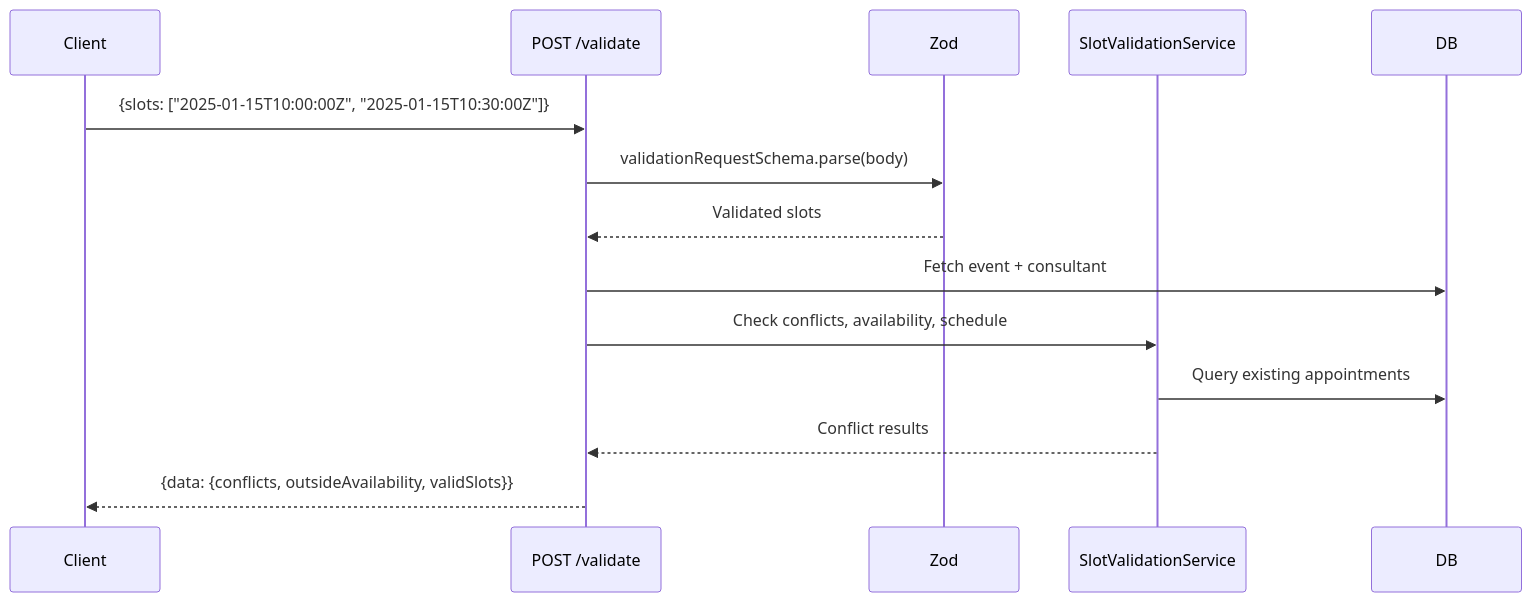
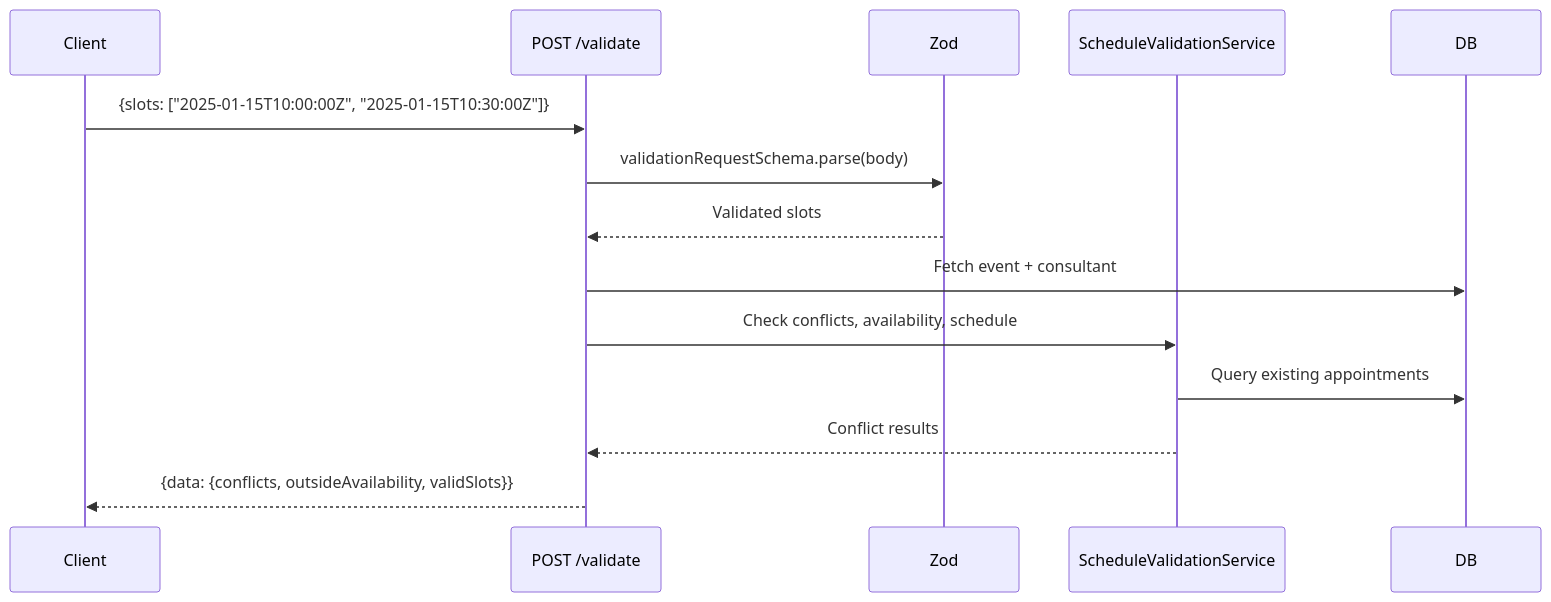
One commit to Practitionist/familiarise_web changed the first of 2 diagrams in docs/booking/04-api-reference.md. Above: the diagram before and after it, drawn with Mermaid. The commit also changed other lines of this file and 107 other files, not shown here.

````diff
--- a/docs/booking/04-api-reference.md
+++ b/docs/booking/04-api-reference.md
@@ -47,17 +47,17 @@
 ```mermaid
 sequenceDiagram
     participant Client
     participant API as POST /validate
     participant Zod
-    participant VS as SlotValidationService
+    participant VS as ScheduleValidationService
     participant DB
 
     Client->>API: {slots: ["2025-01-15T10:00:00Z", "2025-01-15T10:30:00Z"]}
     API->>Zod: validationRequestSchema.parse(body)
     Zod-->>API: Validated slots
     API->>DB: Fetch event + consultant
     API->>VS: Check conflicts, availability, schedule
     VS->>DB: Query existing appointments
     VS-->>API: Conflict results
     API-->>Client: {data: {conflicts, outsideAvailability, validSlots}}
 ```
````
